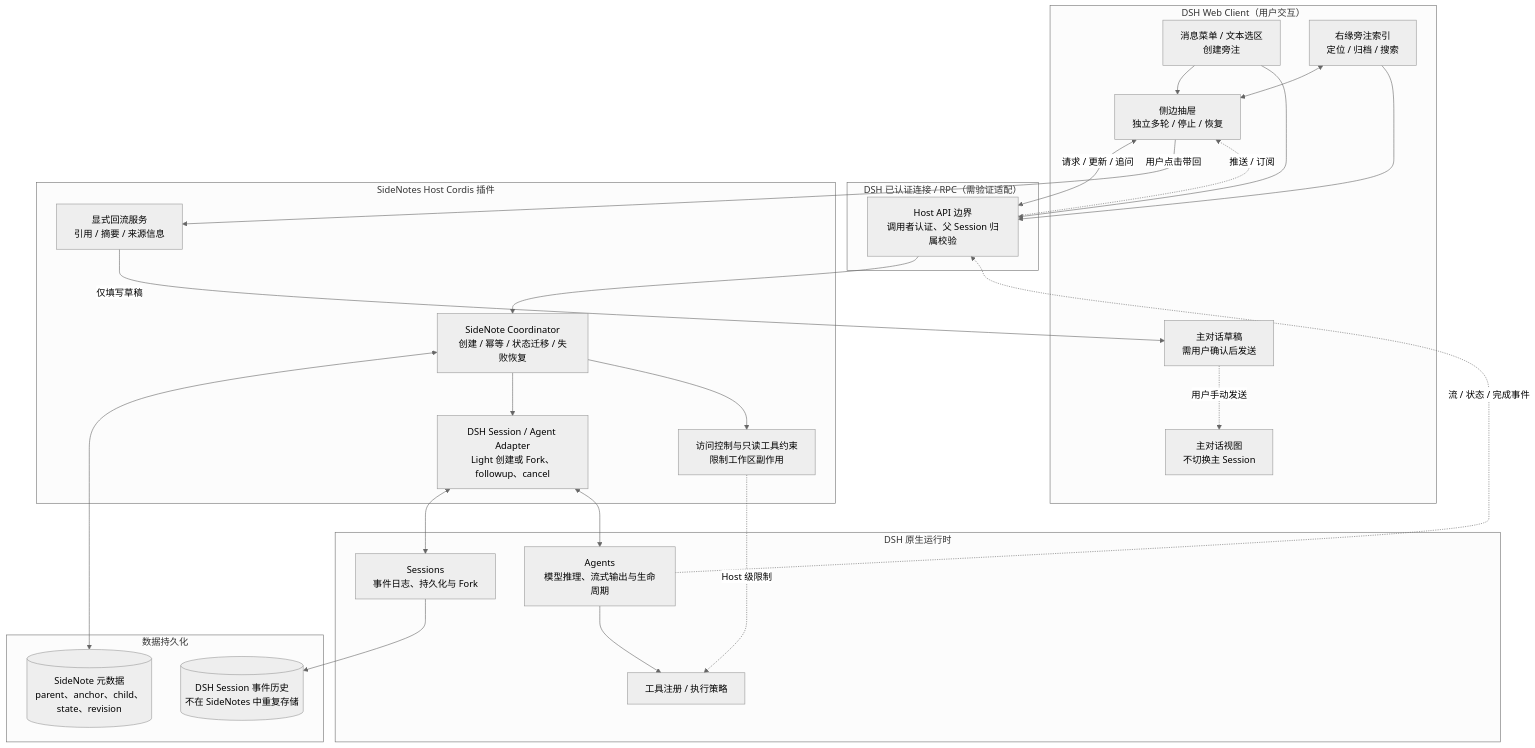
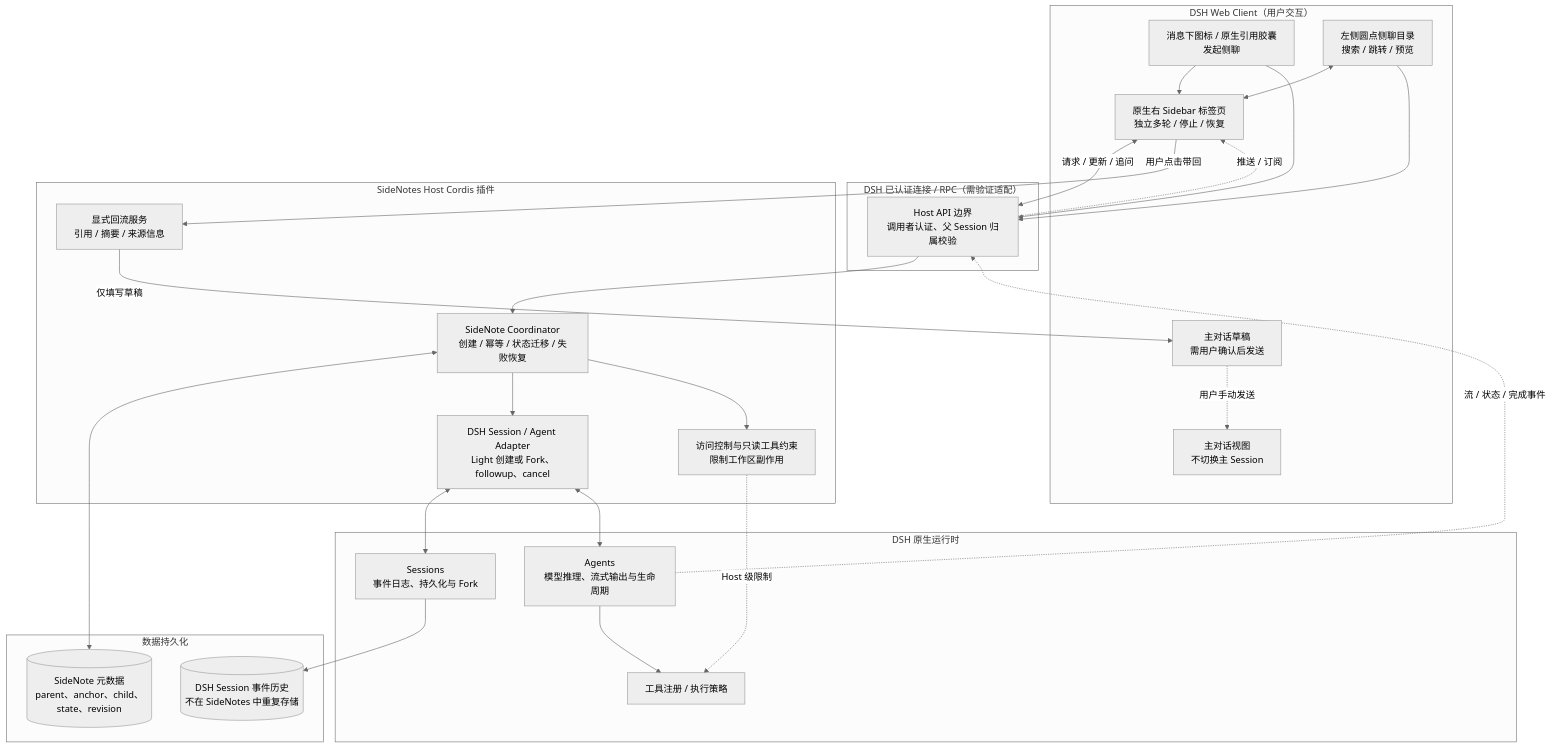
One commit to NoName4Me/dsh-sidechat changed the first of 4 diagrams in docs/design.md. Above: the diagram before and after it, drawn with Mermaid (neutral theme). The commit also changed other lines of this file and 19 other files, not shown here.

````diff
--- a/docs/design.md
+++ b/docs/design.md
@@ -98,53 +98,53 @@
 ```mermaid
 flowchart TB
   subgraph WEB["DSH Web Client（用户交互）"]
     MAIN["主对话视图<br/>不切换主 Session"]
-    ENTRY["消息菜单 / 文本选区<br/>创建旁注"]
-    RAIL["右缘旁注索引<br/>定位 / 归档 / 搜索"]
-    PANEL["侧边抽屉<br/>独立多轮 / 停止 / 恢复"]
+    ENTRY["消息下图标 / 原生引用胶囊<br/>发起侧聊"]
+    RAIL["左侧圆点侧聊目录<br/>搜索 / 跳转 / 预览"]
+    PANEL["原生右 Sidebar 标签页<br/>独立多轮 / 停止 / 恢复"]
     DRAFT["主对话草稿<br/>需用户确认后发送"]
     ENTRY --> PANEL
     RAIL <--> PANEL
   end
 
   subgraph TRANSPORT["DSH 已认证连接 / RPC（需验证适配）"]
     GATE["Host API 边界<br/>调用者认证、父 Session 归属校验"]
   end
 
   subgraph HOST["SideNotes Host Cordis 插件"]
     CMD["SideNote Coordinator<br/>创建 / 幂等 / 状态迁移 / 失败恢复"]
     ACCESS["访问控制与只读工具约束<br/>限制工作区副作用"]
     ADAPTER["DSH Session / Agent Adapter<br/>Light 创建或 Fork、followup、cancel"]
     RETURN["显式回流服务<br/>引用 / 摘要 / 来源信息"]
   end
 
   subgraph DSH["DSH 原生运行时"]
     SESS["Sessions<br/>事件日志、持久化与 Fork"]
     AGENT["Agents<br/>模型推理、流式输出与生命周期"]
     POLICY["工具注册 / 执行策略"]
   end
 
   subgraph STORE["数据持久化"]
     META[("SideNote 元数据<br/>parent、anchor、child、state、revision")]
     EVENTS[("DSH Session 事件历史<br/>不在 SideNotes 中重复存储")]
   end
 
   ENTRY --> GATE
   RAIL --> GATE
   PANEL <-->|"请求 / 更新 / 追问"| GATE
   GATE --> CMD
   CMD <--> META
   CMD --> ADAPTER
   CMD --> ACCESS
   ADAPTER <--> SESS
   ADAPTER <--> AGENT
   AGENT --> POLICY
   ACCESS -. "Host 级限制" .-> POLICY
   SESS --> EVENTS
   AGENT -. "流 / 状态 / 完成事件" .-> GATE
   GATE -. "推送 / 订阅" .-> PANEL
 
   PANEL -->|"用户点击带回"| RETURN
   RETURN -->|"仅填写草稿"| DRAFT
   DRAFT -. "用户手动发送" .-> MAIN
 ```
````
